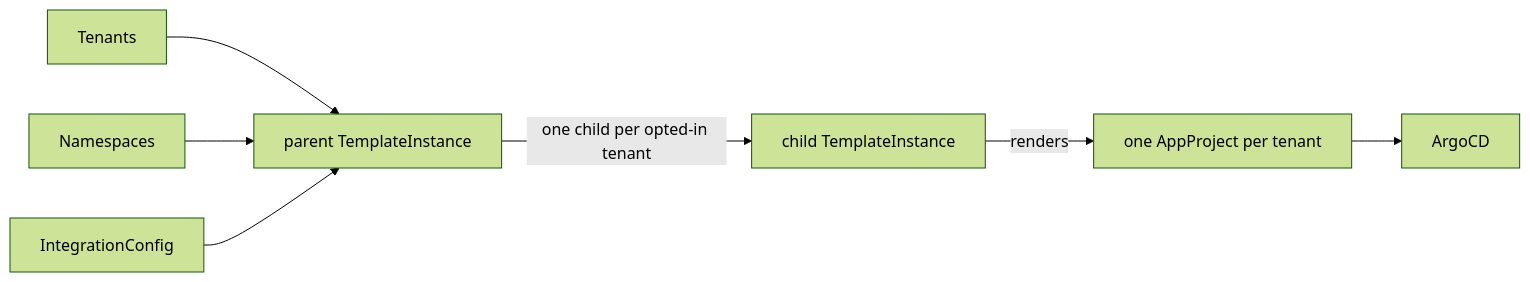
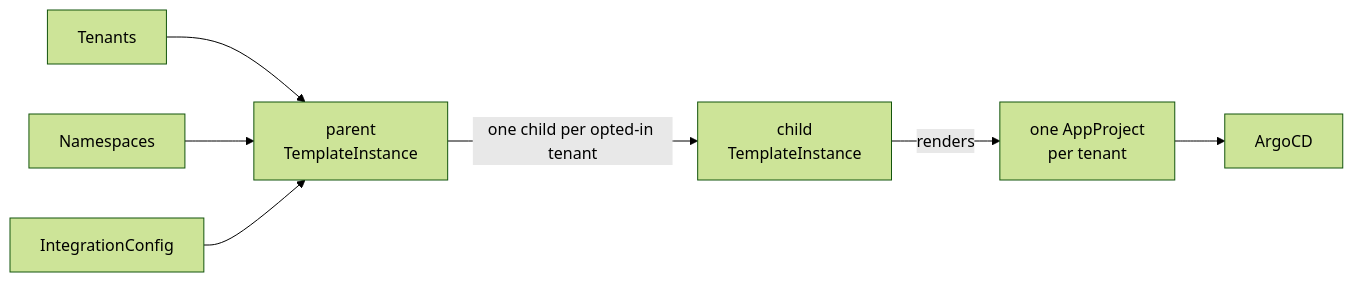
One commit to stakater/mto-docs changed the diagram in content/integrations/argocd-v2/overview.md. Above: the diagram before and after it, drawn with Mermaid (forest theme). The commit also changed other lines of this file and 2 other files, not shown here.

````diff
--- a/content/integrations/argocd-v2/overview.md
+++ b/content/integrations/argocd-v2/overview.md
@@ -41,9 +61,9 @@
 ```mermaid
 flowchart LR
     T[Tenants] --> P
     N[Namespaces] --> P
     IC[IntegrationConfig] --> P
-    P[parent TemplateInstance] -- one child per opted-in tenant --> C[child TemplateInstance]
-    C -- renders --> A[one AppProject per tenant]
+    P["parent<br/>TemplateInstance"] -- one child per opted-in tenant --> C["child<br/>TemplateInstance"]
+    C -- renders --> A["one AppProject<br/>per tenant"]
     A --> ARGO[ArgoCD]
 ```
````
